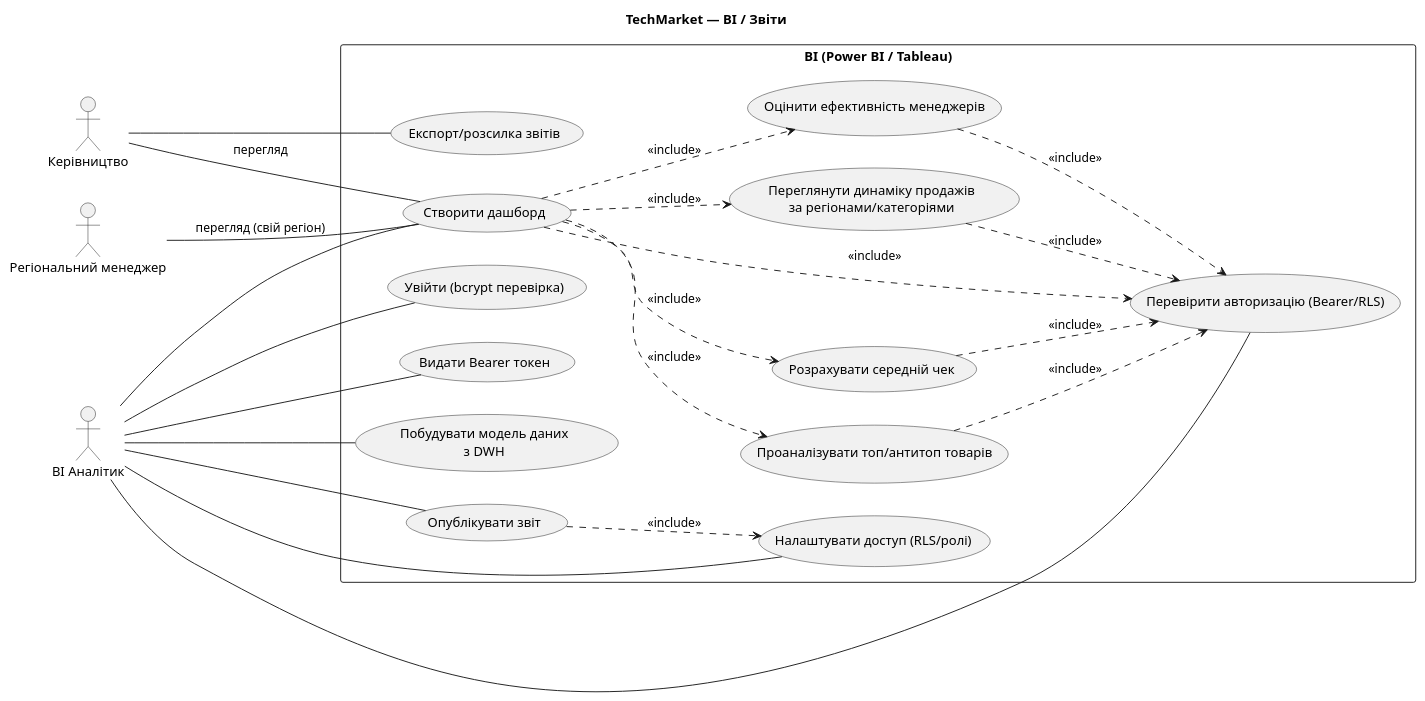
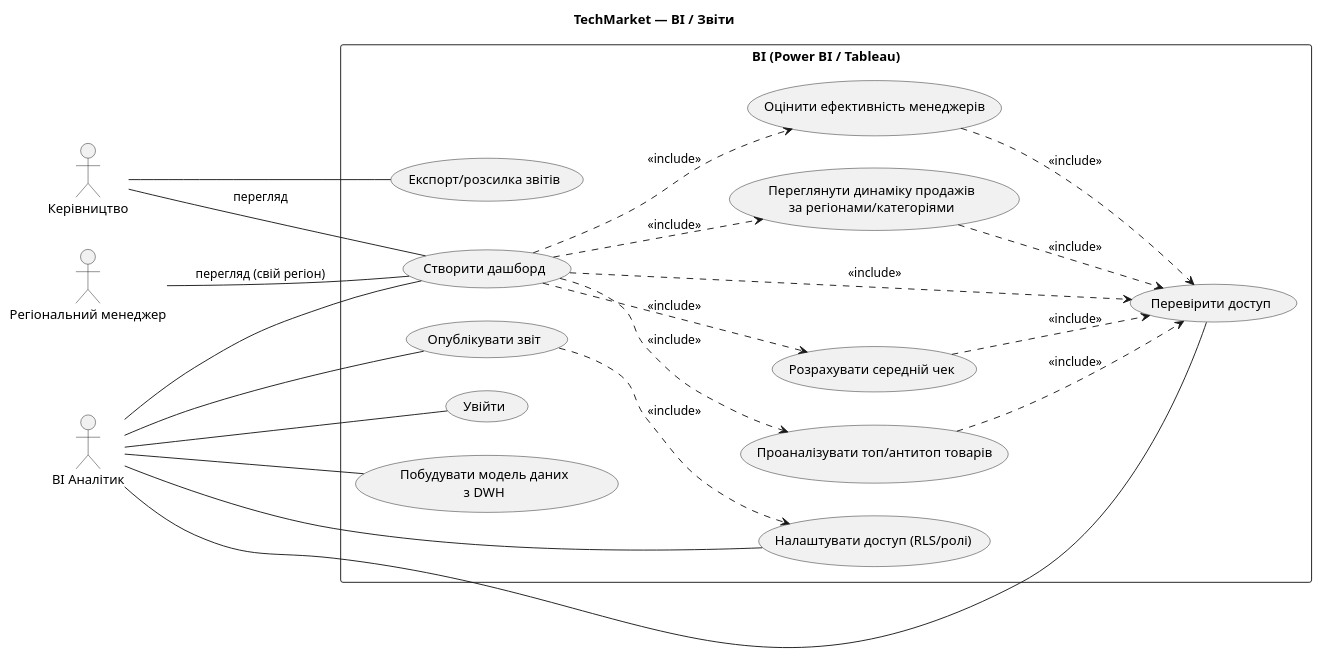
Before and after one commit to kshchuk/uni: the diagram in 9-sem/Info/docs/usecase/usecase_bi.puml, drawn with PlantUML. The commit also changed 46 other files, not shown here.

```diff
--- a/9-sem/Info/docs/usecase/usecase_bi.puml
+++ b/9-sem/Info/docs/usecase/usecase_bi.puml
@@ -1,48 +1,46 @@
 @startuml TechMarket_BI
 title TechMarket — BI / Звіти
 left to right direction
 
 actor "BI Аналітик" as BI
 actor "Керівництво" as Exec
 actor "Регіональний менеджер" as RM
 
 rectangle "BI (Power BI / Tableau)" {
   usecase "Побудувати модель даних\nз DWH" as B1
   usecase "Створити дашборд" as B2
   usecase "Опублікувати звіт" as B3
   usecase "Налаштувати доступ (RLS/ролі)" as B4
   usecase "Переглянути динаміку продажів\nза регіонами/категоріями" as B5
   usecase "Оцінити ефективність менеджерів" as B6
   usecase "Проаналізувати топ/антитоп товарів" as B7
   usecase "Розрахувати середній чек" as B8
   usecase "Експорт/розсилка звітів" as B9
   
-  ' Auth use cases (bcrypt + Bearer)
-  usecase "Увійти (bcrypt перевірка)" as BA1
-  usecase "Видати Bearer токен" as BA2
-  usecase "Перевірити авторизацію (Bearer/RLS)" as BA3
+  ' Auth use cases (узагальнено)
+  usecase "Увійти" as BA1
+  usecase "Перевірити доступ" as BA3
 }
 
 B2 ..> B5 : <<include>>
 B2 ..> B6 : <<include>>
 B2 ..> B7 : <<include>>
 B2 ..> B8 : <<include>>
 B3 ..> B4 : <<include>>
 B2 ..> BA3 : <<include>>
 B5 ..> BA3 : <<include>>
 B6 ..> BA3 : <<include>>
 B7 ..> BA3 : <<include>>
 B8 ..> BA3 : <<include>>
 
 BI -- B1
 BI -- B2
 BI -- B3
 BI -- B4
 BI -- BA1
-BI -- BA2
 BI -- BA3
 Exec -- B2 : перегляд
 RM -- B2 : перегляд (свій регіон)
 Exec -- B9
 
 @enduml
```
